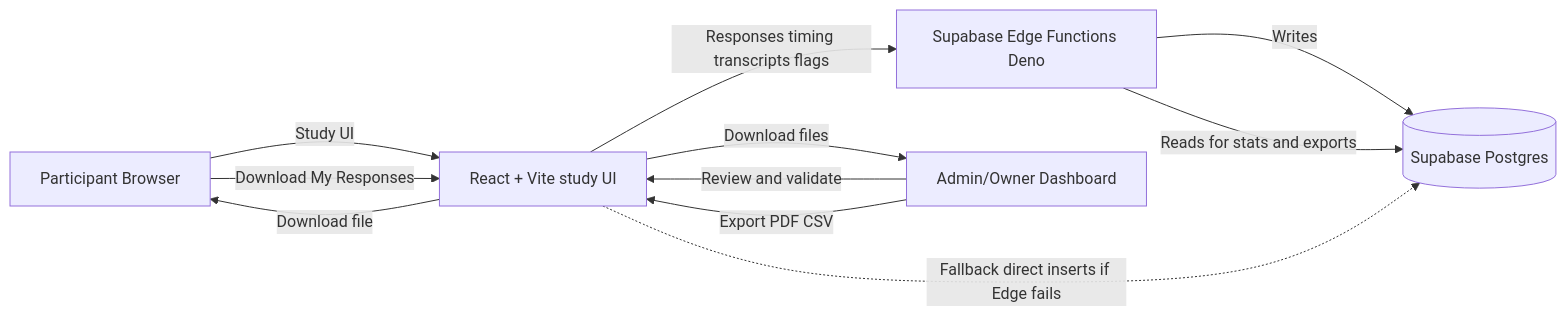
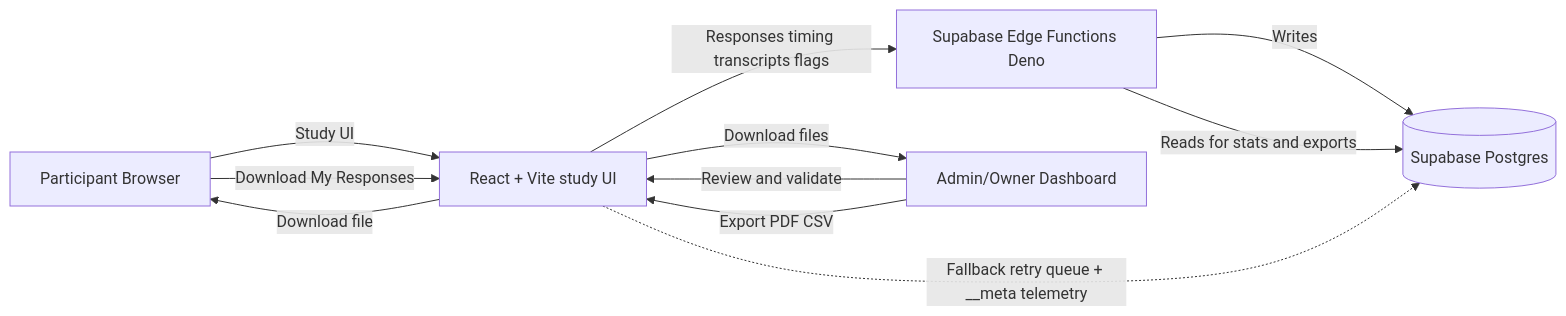
Before and after one commit to jacobemanuel/embodiment-lab: the second of 2 diagrams in README.md, drawn with Mermaid. The commit also changed other lines of this file, not shown here.

Commit message:
update README analytics and fallback notes

````diff
--- a/README.md
+++ b/README.md
@@ -103,16 +103,16 @@
 ```mermaid
 flowchart LR
   User["Participant Browser"] -->|Study UI| FE["React + Vite study UI"]
   FE -->|Responses timing transcripts flags| Edge["Supabase Edge Functions Deno"]
   Edge -->|Writes| DB[("Supabase Postgres")]
   Edge -->|Reads for stats and exports| DB
 
-  FE -.->|Fallback direct inserts if Edge fails| DB
+  FE -.->|Fallback retry queue + __meta telemetry| DB
 
   Admin["Admin/Owner Dashboard"] -->|Review and validate| FE
   Admin -->|Export PDF CSV| FE
   FE -->|Download files| Admin
 
   User -->|Download My Responses| FE
   FE -->|Download file| User
 ```
````
